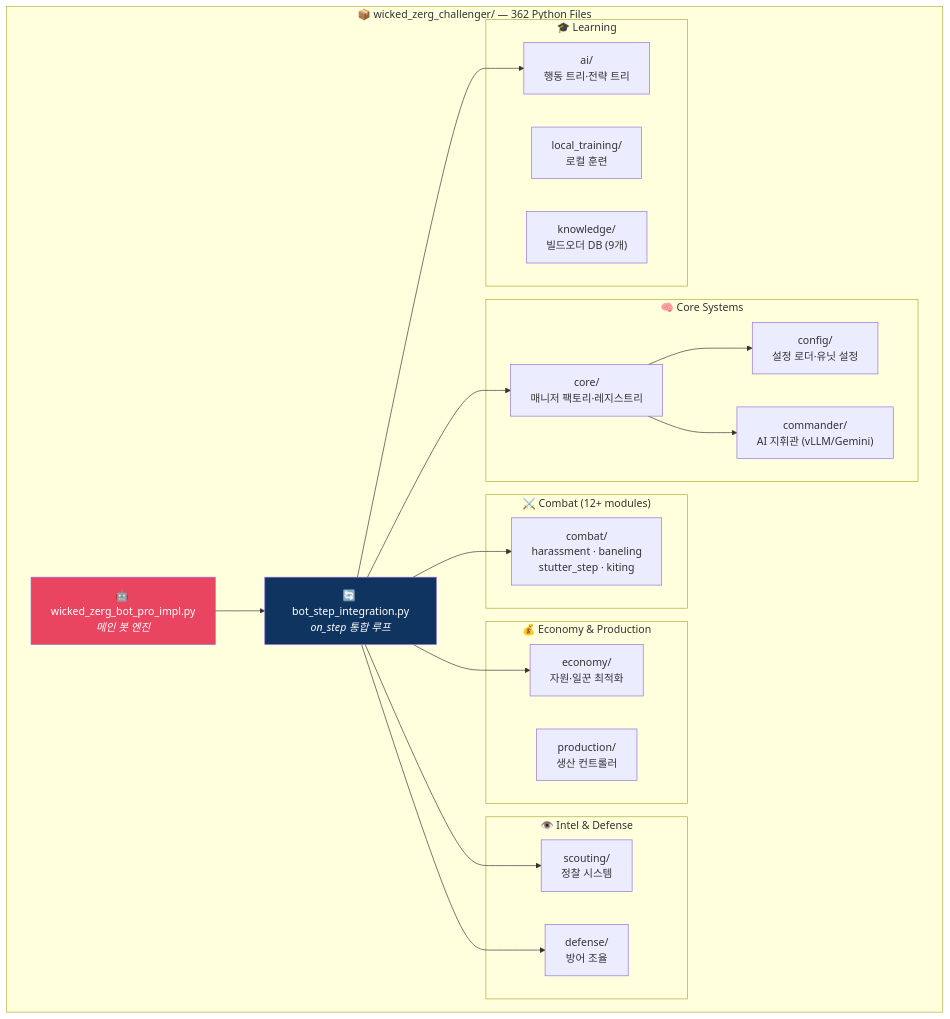
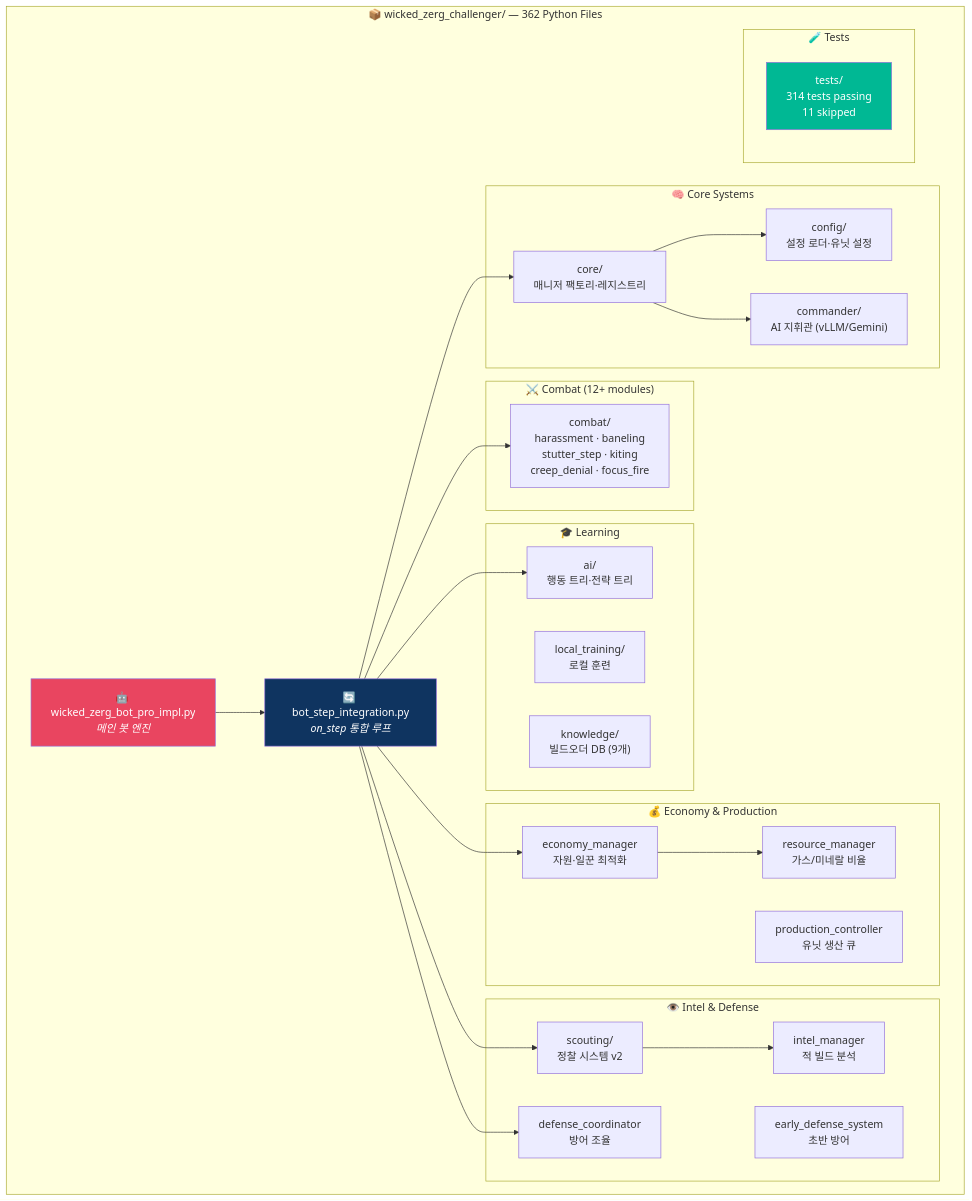
Diagram 12 of 29 in README.md (sun475300-sudo/Swarm-control-in-sc2bot), drawn with Mermaid before and after one commit. The commit also changed other lines of this file and 9 other files, not shown here.

````diff
--- a/README.md
+++ b/README.md
@@ -204,40 +395,50 @@
 ```mermaid
 graph TB
     subgraph "📦 wicked_zerg_challenger/ — 362 Python Files"
         MAIN["🤖 wicked_zerg_bot_pro_impl.py<br/><i>메인 봇 엔진</i>"]
         STEP["🔄 bot_step_integration.py<br/><i>on_step 통합 루프</i>"]
 
         subgraph "🧠 Core Systems"
             CORE["core/<br/>매니저 팩토리·레지스트리"]
             CFG["config/<br/>설정 로더·유닛 설정"]
             CMD["commander/<br/>AI 지휘관 (vLLM/Gemini)"]
         end
 
         subgraph "⚔️ Combat (12+ modules)"
-            CMB["combat/<br/>harassment · baneling<br/>stutter_step · kiting"]
+            CMB["combat/<br/>harassment · baneling<br/>stutter_step · kiting<br/>creep_denial · focus_fire"]
         end
 
         subgraph "💰 Economy & Production"
-            ECO["economy/<br/>자원·일꾼 최적화"]
-            PRD["production/<br/>생산 컨트롤러"]
+            ECO["economy_manager<br/>자원·일꾼 최적화"]
+            PRD["production_controller<br/>유닛 생산 큐"]
+            RES["resource_manager<br/>가스/미네랄 비율"]
         end
 
         subgraph "👁️ Intel & Defense"
-            SCT["scouting/<br/>정찰 시스템"]
-            DEF["defense/<br/>방어 조율"]
+            SCT["scouting/<br/>정찰 시스템 v2"]
+            INTL["intel_manager<br/>적 빌드 분석"]
+            DEFS["defense_coordinator<br/>방어 조율"]
+            EARLY["early_defense_system<br/>초반 방어"]
         end
 
         subgraph "🎓 Learning"
             AI["ai/<br/>행동 트리·전략 트리"]
             TRN["local_training/<br/>로컬 훈련"]
             KB["knowledge/<br/>빌드오더 DB (9개)"]
         end
 
+        subgraph "🧪 Tests"
+            TST["tests/<br/>314 tests passing<br/>11 skipped"]
+        end
+
         MAIN --> STEP
-        STEP --> CORE & CMB & ECO & SCT & DEF & AI
+        STEP --> CORE & CMB & ECO & SCT & DEFS & AI
         CORE --> CFG & CMD
+        ECO --> RES
+        SCT --> INTL
     end
 
     style MAIN fill:#e94560,color:#fff
     style STEP fill:#0f3460,color:#fff
+    style TST fill:#00b894,color:#fff
 ```
````
